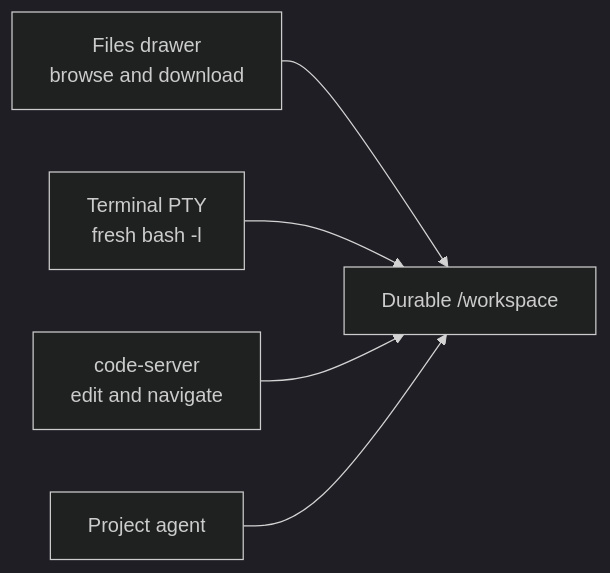
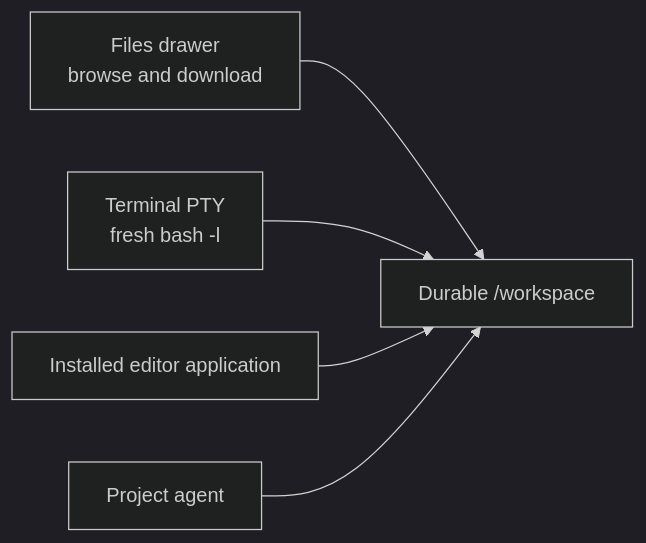
Before and after one commit to Ahmedwaleed22/remote.futrx: the diagram in docs/02-user-guide/05-files-terminal-and-ide.md, drawn with Mermaid (dark theme). The commit also changed other lines of this file and 80 other files, not shown here.

First line of the commit message:
feat(code-server): replace built-in editor with an independent application

````diff
--- a/docs/02-user-guide/05-files-terminal-and-ide.md
+++ b/docs/02-user-guide/05-files-terminal-and-ide.md
@@ -188,7 +161,7 @@
 ```mermaid
 flowchart LR
     Files["Files drawer<br/>browse and download"] --> Workspace["Durable /workspace"]
     Terminal["Terminal PTY<br/>fresh bash -l"] --> Workspace
-    IDE["code-server<br/>edit and navigate"] --> Workspace
+    Editor["Installed editor application"] --> Workspace
     Agent["Project agent"] --> Workspace
 ```
````
